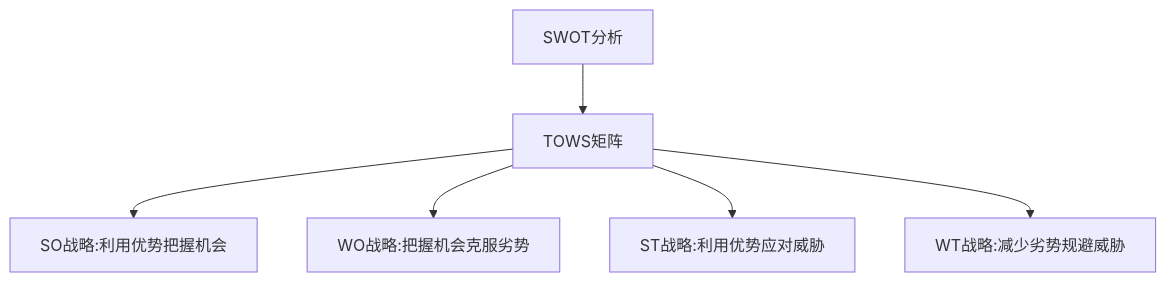
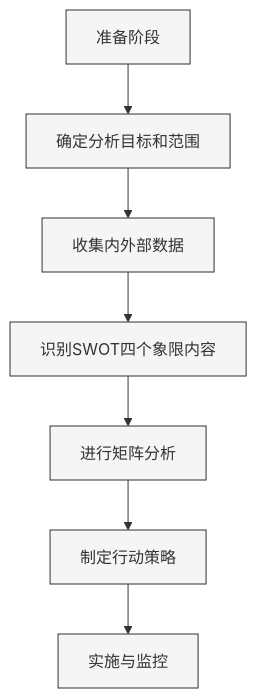
The second of 2 diagrams in src/site/notes/知识共享/002_商业分析/02_笔记/02_方法工具/SWOT分析操作指南.md (amcoimg/my-digital-garden), drawn with Mermaid before and after one commit. The commit also changed other lines of this file and 3 other files, not shown here.

````diff
--- a/src/site/notes/知识共享/002_商业分析/02_笔记/02_方法工具/SWOT分析操作指南.md
+++ b/src/site/notes/知识共享/002_商业分析/02_笔记/02_方法工具/SWOT分析操作指南.md
@@ -183,8 +87,17 @@
 ```mermaid
-graph TD
-    A[SWOT分析] --> B[TOWS矩阵]
-    B --> C[SO战略:利用优势把握机会]
-    B --> D[WO战略:把握机会克服劣势]
-    B --> E[ST战略:利用优势应对威胁]
-    B --> F[WT战略:减少劣势规避威胁]
+flowchart TD
+    A[准备阶段] --> B[确定分析目标和范围]
+    B --> C[收集内外部数据]
+    C --> D[识别SWOT四个象限内容]
+    D --> E[进行矩阵分析]
+    E --> F[制定行动策略]
+    F --> G[实施与监控]
+    
+    style A fill:#f5f5f5,stroke:#333,stroke-width:1px
+    style B fill:#f5f5f5,stroke:#333,stroke-width:1px
+    style C fill:#f5f5f5,stroke:#333,stroke-width:1px
+    style D fill:#f5f5f5,stroke:#333,stroke-width:1px
+    style E fill:#f5f5f5,stroke:#333,stroke-width:1px
+    style F fill:#f5f5f5,stroke:#333,stroke-width:1px
+    style G fill:#f5f5f5,stroke:#333,stroke-width:1px
 ```
````
